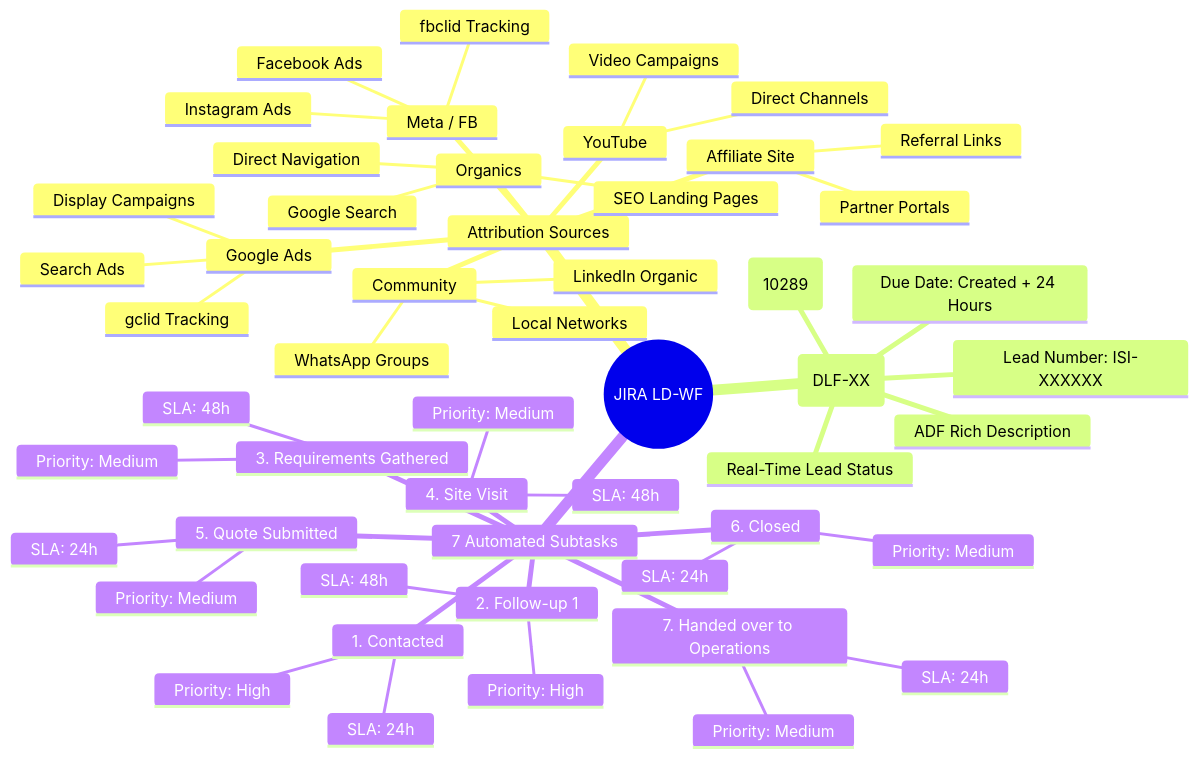
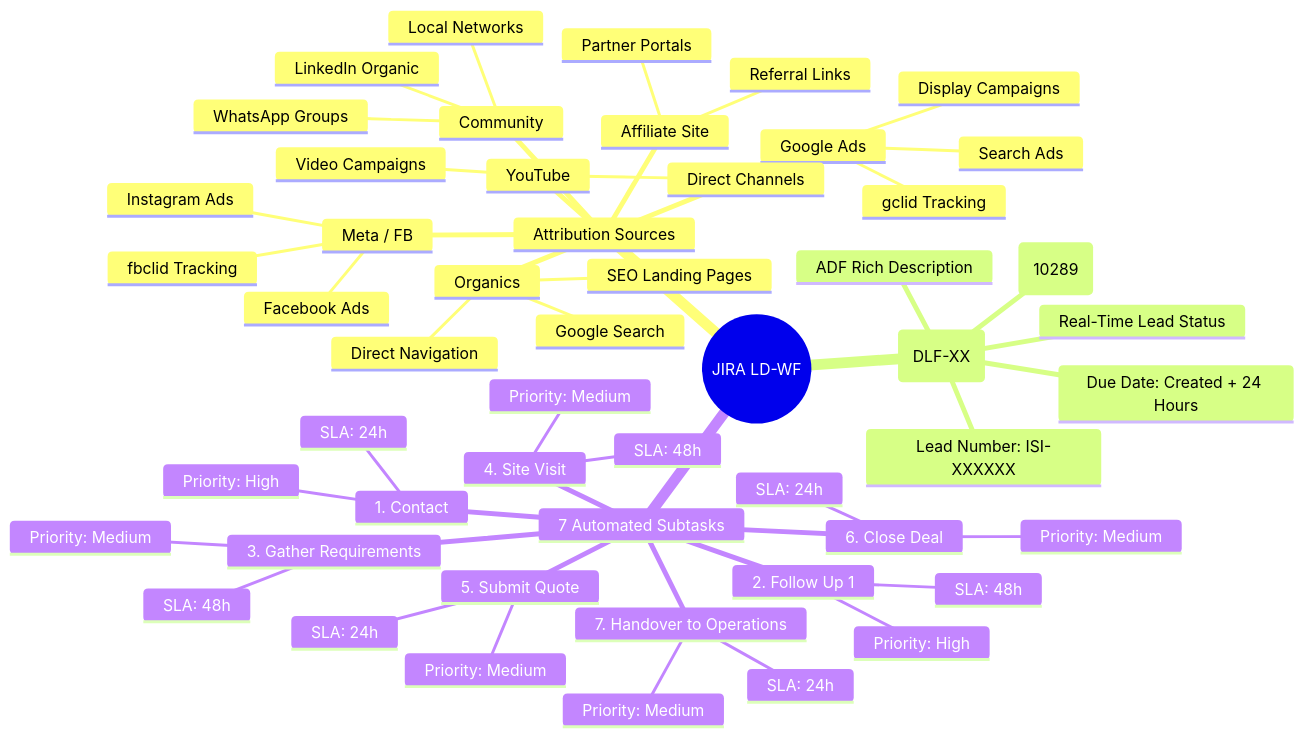
One commit to poojasriaram/ISI-V2 changed the second of 3 diagrams in ISI_LEAD_ARCHITECTURE_AND_FORM_DOCUMENTATION.md. Above: the diagram before and after it, drawn with Mermaid. The commit also changed other lines of this file and 1 other file, not shown here.

````diff
--- a/ISI_LEAD_ARCHITECTURE_AND_FORM_DOCUMENTATION.md
+++ b/ISI_LEAD_ARCHITECTURE_AND_FORM_DOCUMENTATION.md
@@ -95,55 +95,55 @@
 ```mermaid
 mindmap
   root((JIRA LD-WF))
     Attribution Sources
       Google Ads
         Search Ads
         Display Campaigns
         gclid Tracking
       YouTube
         Video Campaigns
         Direct Channels
       Affiliate Site
         Partner Portals
         Referral Links
       Meta / FB
         Facebook Ads
         Instagram Ads
         fbclid Tracking
       Organics
         Google Search
         Direct Navigation
         SEO Landing Pages
       Community
         WhatsApp Groups
         LinkedIn Organic
         Local Networks
     Parent Lead Issue (DLF-XX)
       Issue Type: Lead (10289)
       Lead Number: ISI-XXXXXX
       Due Date: Created + 24 Hours
       ADF Rich Description
       Real-Time Lead Status
     7 Automated Subtasks
-      1. Contacted
+      1. Contact
         SLA: 24h
         Priority: High
-      2. Follow-up 1
+      2. Follow Up 1
         SLA: 48h
         Priority: High
-      3. Requirements Gathered
+      3. Gather Requirements
         SLA: 48h
         Priority: Medium
       4. Site Visit
         SLA: 48h
         Priority: Medium
-      5. Quote Submitted
+      5. Submit Quote
         SLA: 24h
         Priority: Medium
-      6. Closed
+      6. Close Deal
         SLA: 24h
         Priority: Medium
-      7. Handed over to Operations
+      7. Handover to Operations
         SLA: 24h
         Priority: Medium
 ```
````
